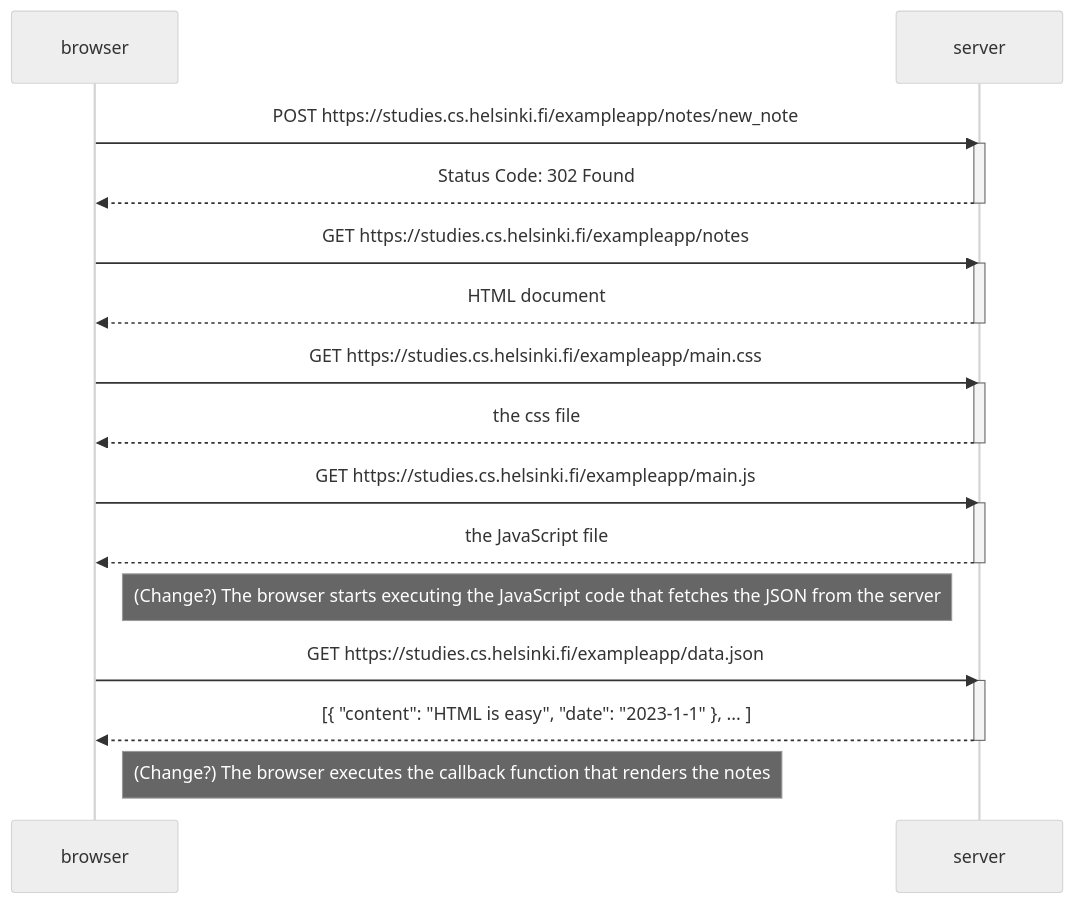
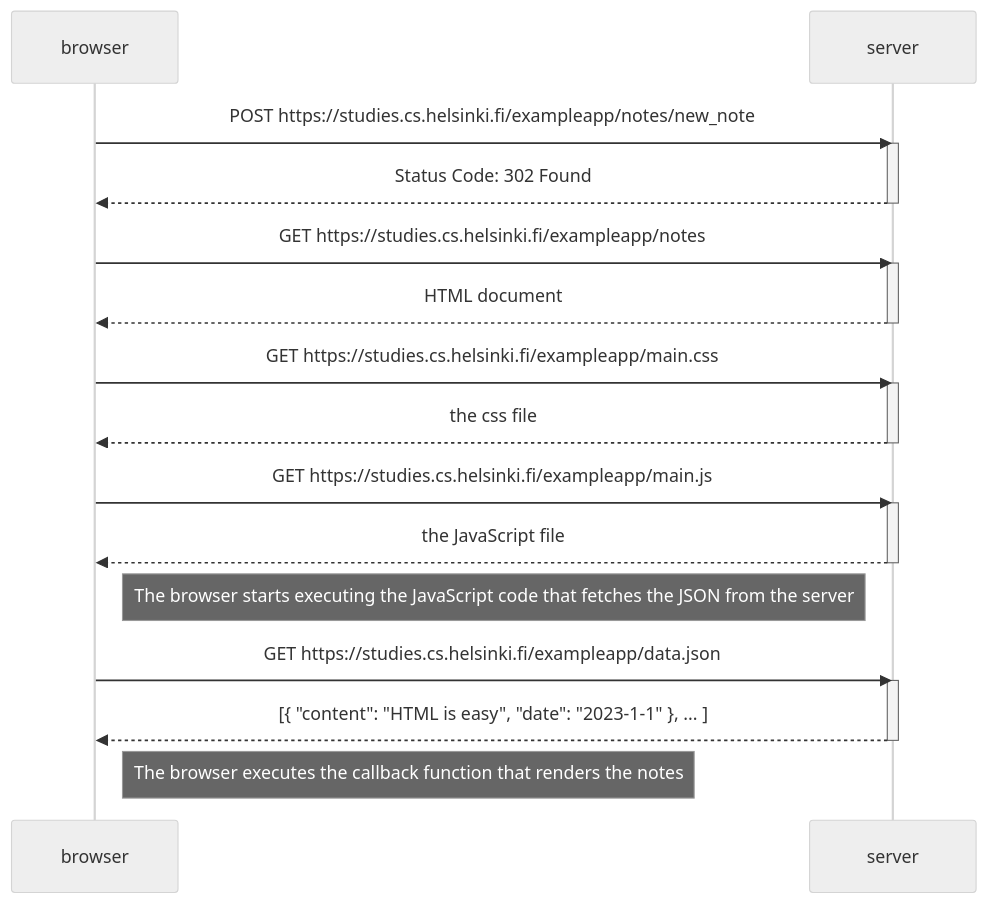
One commit to aleks8/fullstackopen changed the diagram in part 0/new-note-diagram-[0.4].md. Above: the diagram before and after it, drawn with Mermaid (neutral theme).

````diff
--- a/part 0/new-note-diagram-[0.4].md
+++ b/part 0/new-note-diagram-[0.4].md
@@ -1,34 +1,34 @@
 ```mermaid
 sequenceDiagram
     participant browser
     participant server
 
     browser->>server: POST https://studies.cs.helsinki.fi/exampleapp/notes/new_note
     activate server
     server-->>browser: Status Code: 302 Found
     deactivate server
 
     browser->>server: GET https://studies.cs.helsinki.fi/exampleapp/notes
     activate server
     server-->>browser: HTML document
     deactivate server
 
     browser->>server: GET https://studies.cs.helsinki.fi/exampleapp/main.css
     activate server
     server-->>browser: the css file
     deactivate server
 
     browser->>server: GET https://studies.cs.helsinki.fi/exampleapp/main.js
     activate server
     server-->>browser: the JavaScript file
     deactivate server
 
-    Note right of browser: (Change?) The browser starts executing the JavaScript code that fetches the JSON from the server
+    Note right of browser: The browser starts executing the JavaScript code that fetches the JSON from the server
 
     browser->>server: GET https://studies.cs.helsinki.fi/exampleapp/data.json
     activate server
     server-->>browser: [{ "content": "HTML is easy", "date": "2023-1-1" }, ... ]
     deactivate server
 
-    Note right of browser: (Change?) The browser executes the callback function that renders the notes
+    Note right of browser: The browser executes the callback function that renders the notes
 ```
````
